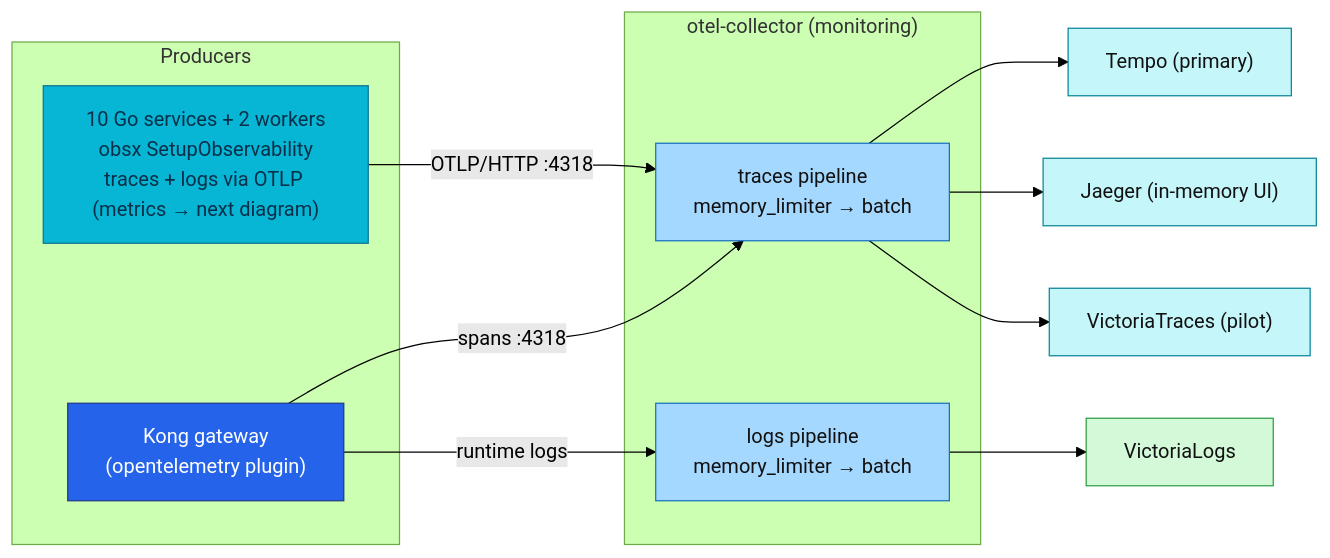
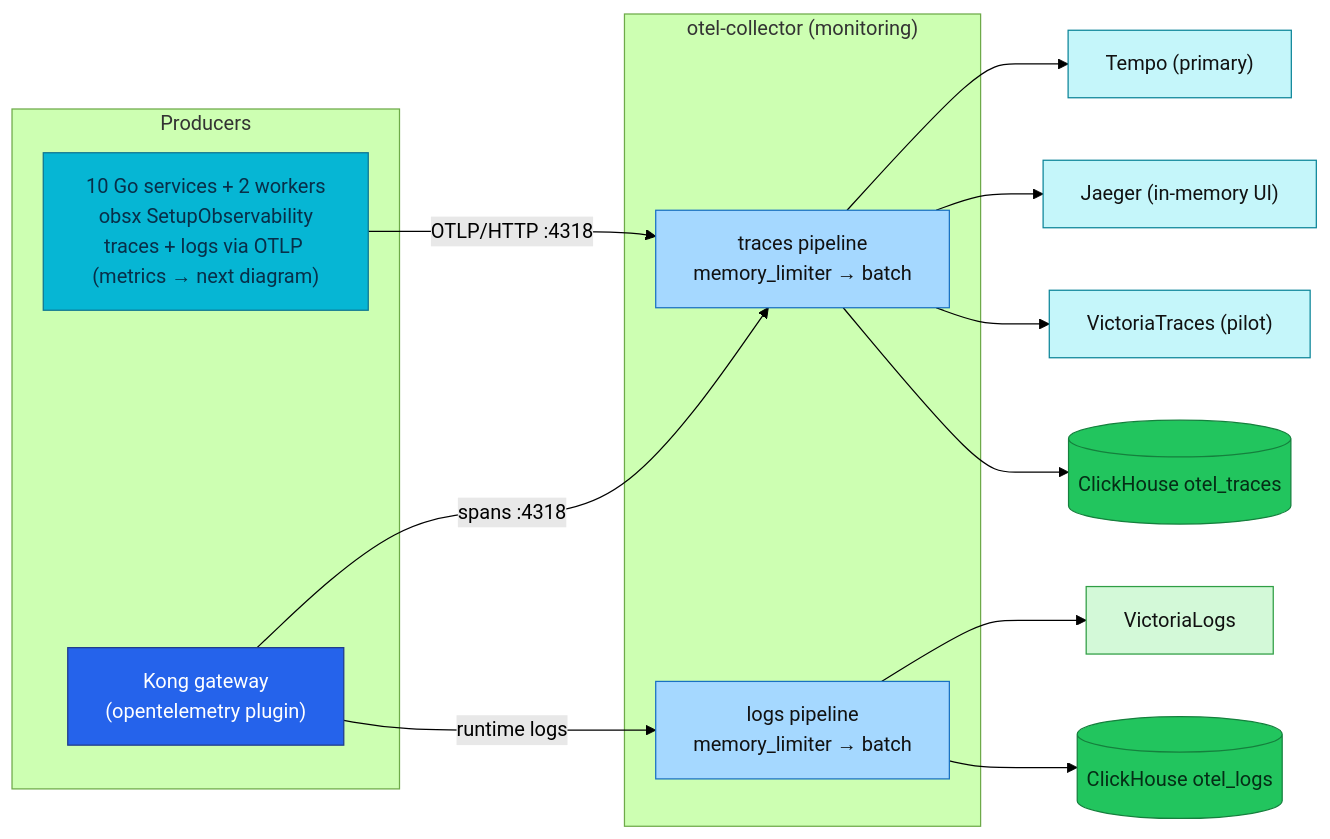
Before and after one commit to duynhlab/homelab: the first of 2 diagrams in docs/observability/opentelemetry/README.md, drawn with Mermaid (forest theme). The commit also changed other lines of this file and 14 other files, not shown here.

````diff
--- a/docs/observability/opentelemetry/README.md
+++ b/docs/observability/opentelemetry/README.md
@@ -120,29 +122,33 @@
 ```mermaid
 flowchart LR
     subgraph Producers
         SVC["10 Go services + 2 workers<br/>obsx SetupObservability<br/>traces + logs via OTLP (metrics → next diagram)"]
         KONG["Kong gateway<br/>(opentelemetry plugin)"]
     end
     subgraph Collector["otel-collector (monitoring)"]
         TP["traces pipeline<br/>memory_limiter → batch"]
         LP["logs pipeline<br/>memory_limiter → batch"]
     end
     SVC -->|"OTLP/HTTP :4318"| TP
     KONG -->|"spans :4318"| TP
     KONG -->|"runtime logs"| LP
     TP --> TEMPO["Tempo (primary)"]
     TP --> JAEGER["Jaeger (in-memory UI)"]
     TP --> VT["VictoriaTraces (pilot)"]
+    TP --> CH[("ClickHouse otel_traces")]
     LP --> VL["VictoriaLogs"]
+    LP --> CH2[("ClickHouse otel_logs")]
 
     classDef app fill:#06b6d4,color:#082f49,stroke:#0e7490;
     classDef edge fill:#2563eb,color:#fff,stroke:#1e3a8a;
     classDef otc fill:#a5d8ff,color:#111,stroke:#1971c2;
     classDef trace fill:#c5f6fa,color:#111,stroke:#0c8599;
     classDef log fill:#d3f9d8,color:#111,stroke:#2f9e44;
+    classDef data fill:#22c55e,color:#052e16,stroke:#15803d;
     class SVC app;
     class KONG edge;
     class TP,LP otc;
     class TEMPO,JAEGER,VT trace;
     class VL log;
+    class CH,CH2 data;
 ```
````
